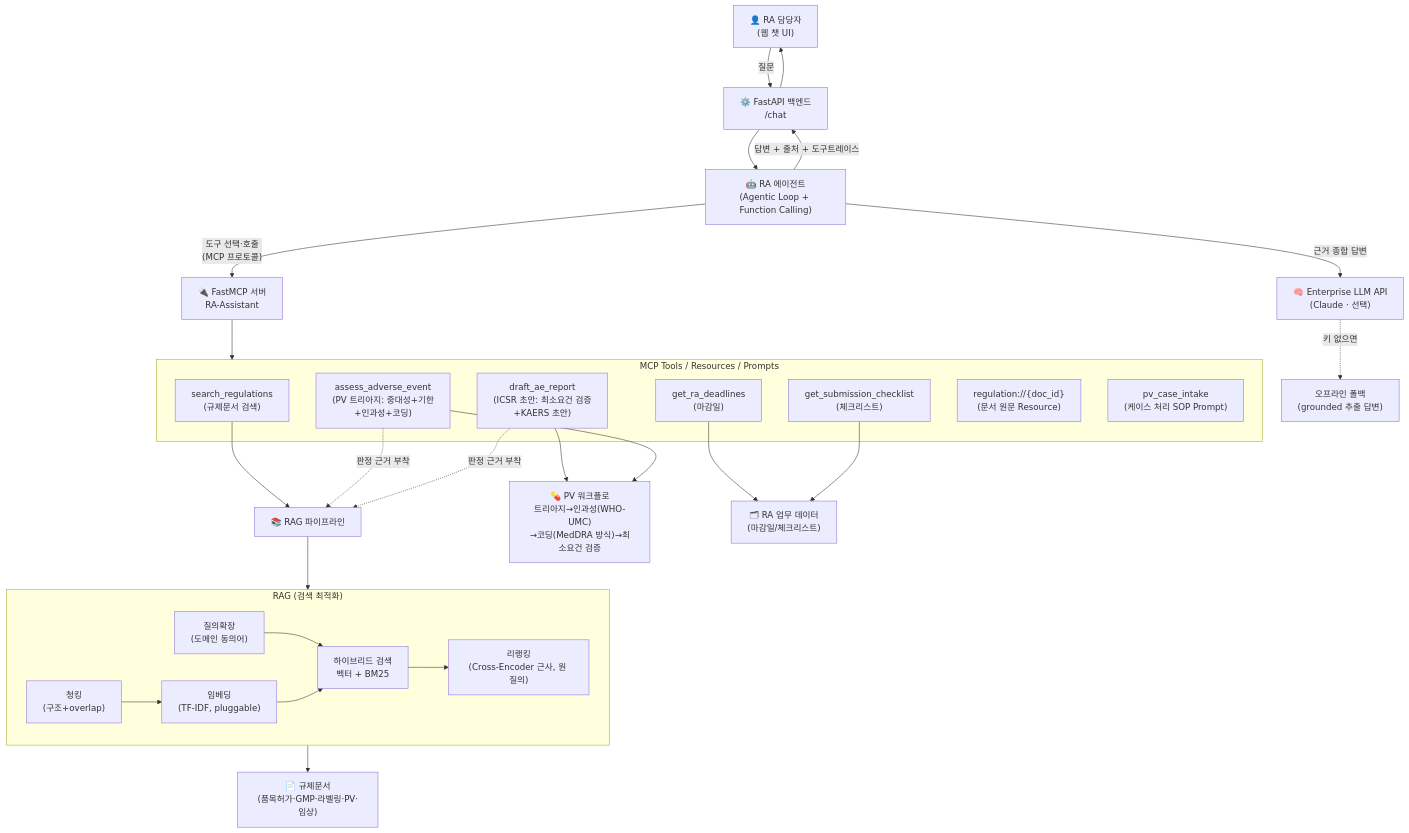
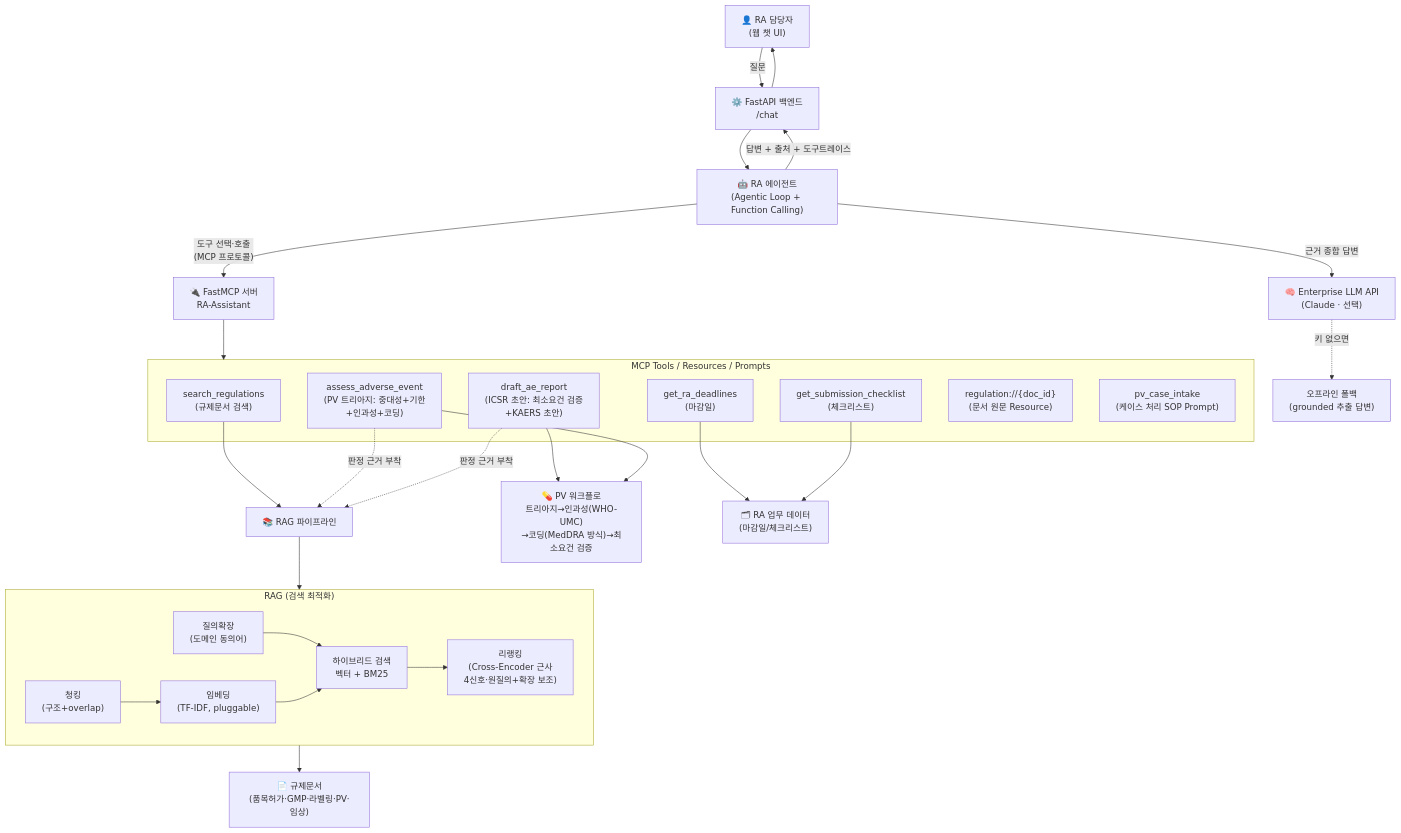
Before and after one commit to chaeyoo/letsgogc: the diagram in project/README.md, drawn with Mermaid. The commit also changed other lines of this file and 15 other files, not shown here.

````diff
--- a/project/README.md
+++ b/project/README.md
@@ -43,40 +43,40 @@
 ```mermaid
 flowchart TB
     U["👤 RA 담당자<br/>(웹 챗 UI)"] -->|질문| API["⚙️ FastAPI 백엔드<br/>/chat"]
     API --> AG["🤖 RA 에이전트<br/>(Agentic Loop + Function Calling)"]
 
     AG -->|"도구 선택·호출<br/>(MCP 프로토콜)"| MCP["🔌 FastMCP 서버<br/>RA-Assistant"]
 
     subgraph MCP_TOOLS["MCP Tools / Resources / Prompts"]
         T1["search_regulations<br/>(규제문서 검색)"]
         T2["get_ra_deadlines<br/>(마감일)"]
         T3["get_submission_checklist<br/>(체크리스트)"]
         T4["assess_adverse_event<br/>(PV 트리아지: 중대성+기한<br/>+인과성+코딩)"]
         T5["draft_ae_report<br/>(ICSR 초안: 최소요건 검증<br/>+KAERS 초안)"]
         R1["regulation://{doc_id}<br/>(문서 원문 Resource)"]
         P1["pv_case_intake<br/>(케이스 처리 SOP Prompt)"]
     end
     MCP --> MCP_TOOLS
 
     T1 --> RAG["📚 RAG 파이프라인"]
     T4 -.->|"판정 근거 부착"| RAG
     T5 -.->|"판정 근거 부착"| RAG
     T5 --> PV["💊 PV 워크플로<br/>트리아지→인과성(WHO-UMC)<br/>→코딩(MedDRA 방식)→최소요건 검증"]
     T4 --> PV
     subgraph RAG_PIPE["RAG (검색 최적화)"]
         C1["청킹<br/>(구조+overlap)"] --> C2["임베딩<br/>(TF-IDF, pluggable)"]
         C0["질의확장<br/>(도메인 동의어)"] --> C3["하이브리드 검색<br/>벡터 + BM25"]
         C2 --> C3
-        C3 --> C4["리랭킹<br/>(Cross-Encoder 근사, 원 질의)"]
+        C3 --> C4["리랭킹<br/>(Cross-Encoder 근사<br/>4신호·원질의+확장 보조)"]
     end
     RAG --> RAG_PIPE
     RAG_PIPE --> DOCS["📄 규제문서<br/>(품목허가·GMP·라벨링·PV·임상)"]
 
     T2 --> DB["🗂 RA 업무 데이터<br/>(마감일/체크리스트)"]
     T3 --> DB
 
     AG -->|"근거 종합 답변"| LLM["🧠 Enterprise LLM API<br/>(Claude · 선택)"]
     LLM -.->|"키 없으면"| FB["오프라인 폴백<br/>(grounded 추출 답변)"]
 
     AG -->|"답변 + 출처 + 도구트레이스"| API --> U
 ```
````
